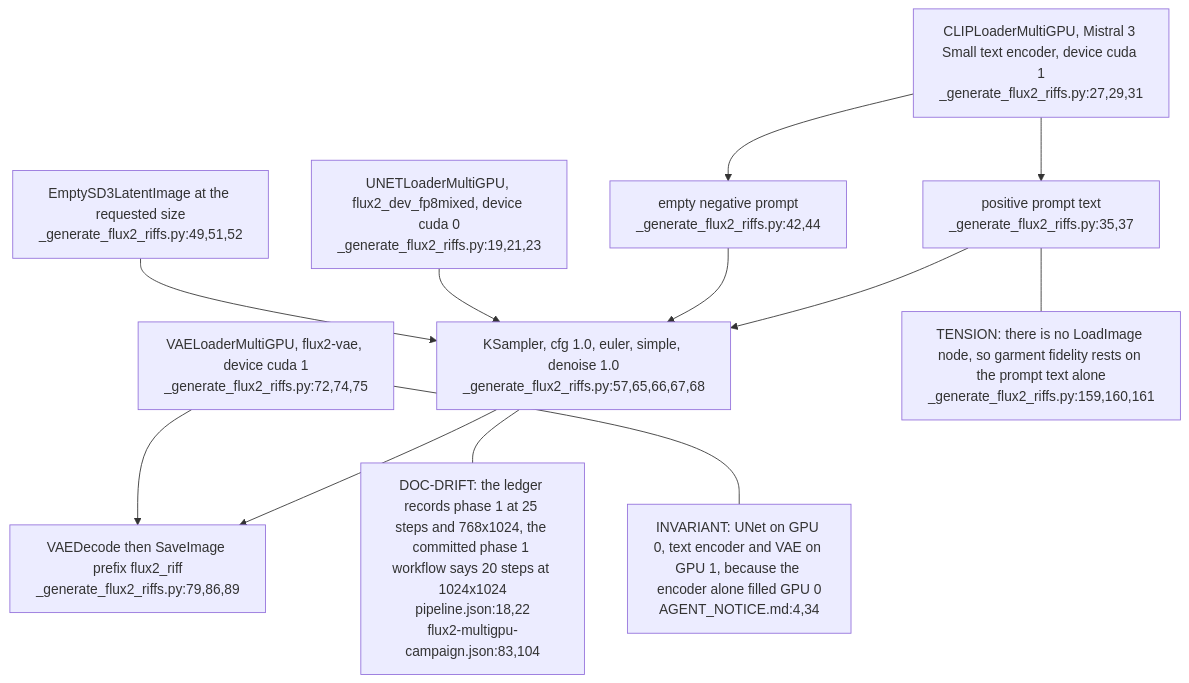
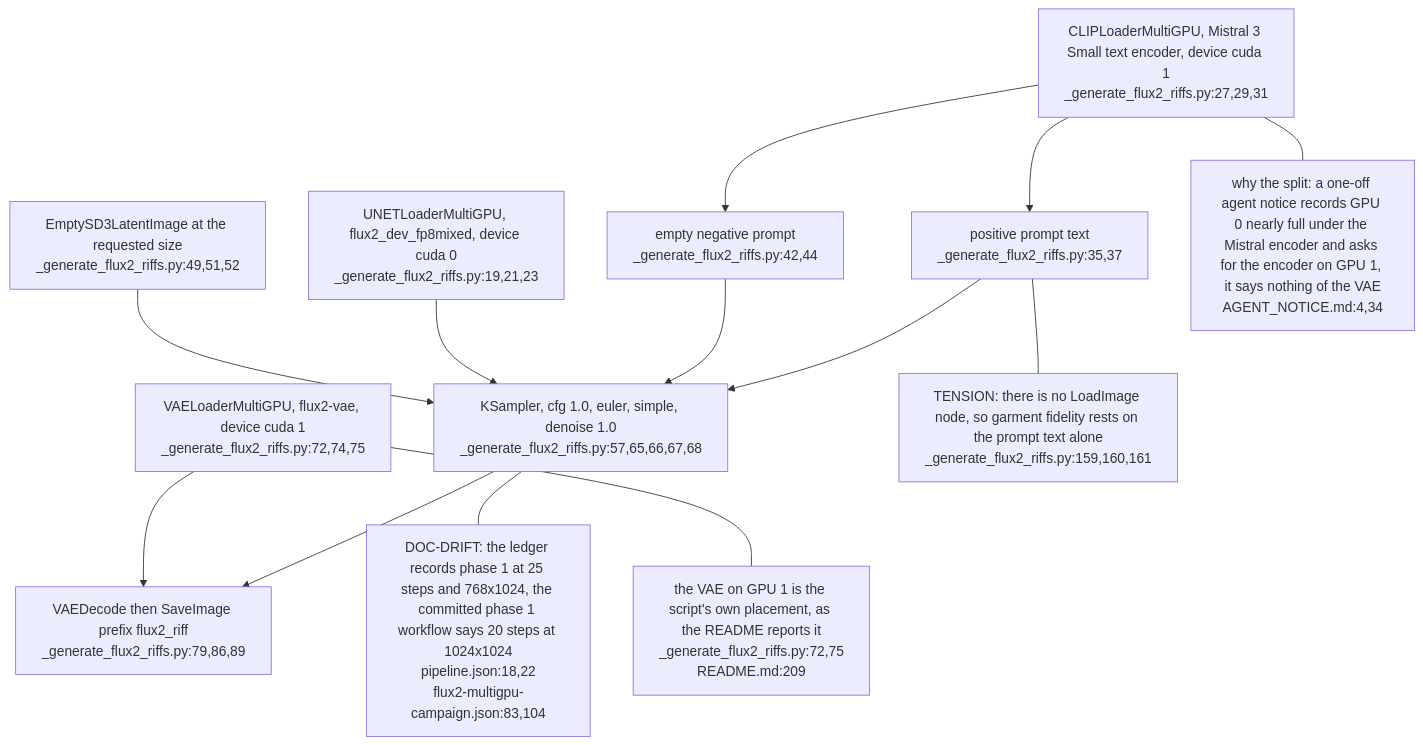
Before and after one commit to DreamLab-AI/VisionFlow: the second of 3 diagrams in docs/diagrams/thg-world-record-attempt/04-local-flux2-via-comfyui.md, drawn with Mermaid. The commit also changed 1 other file, not shown here.

Commit message:
diagrams(thg): fix skeptic findings on TH-01 and TH-04
- TH-04.2: drop the INVARIANT on the GPU split. AGENT_NOTICE.md:4,34 says
  GPU 0 was nearly full and asks for the encoder on GPU 1; it never mentions
  the VAE. The VAE placement is now cited to _generate_flux2_riffs.py:72,75
  and README.md:209.
- TH-01.1 DIV: acknowledge the committed Claude Flow agent-memory export
  (exports/agentdb-export-2026-03-01.json) as the one orchestration record.
- TH-01.1: add the prompt/typography records, the campaign AFD/DDD docs and
  the agentdb export to the records subgraph.
- TH-01.1 DRIFT: the README structure block also lists docs/ and
  input-scenes/ (README.md:184,188).

````diff
--- a/docs/diagrams/thg-world-record-attempt/04-local-flux2-via-comfyui.md
+++ b/docs/diagrams/thg-world-record-attempt/04-local-flux2-via-comfyui.md
@@ -47,23 +47,25 @@
 ```mermaid
 flowchart TB
     UNET["UNETLoaderMultiGPU, flux2_dev_fp8mixed, device cuda 0<br/>_generate_flux2_riffs.py:19,21,23"]
     CLIP["CLIPLoaderMultiGPU, Mistral 3 Small text encoder, device cuda 1<br/>_generate_flux2_riffs.py:27,29,31"]
     POS["positive prompt text<br/>_generate_flux2_riffs.py:35,37"]
     NEG["empty negative prompt<br/>_generate_flux2_riffs.py:42,44"]
     LAT["EmptySD3LatentImage at the requested size<br/>_generate_flux2_riffs.py:49,51,52"]
     KS["KSampler, cfg 1.0, euler, simple, denoise 1.0<br/>_generate_flux2_riffs.py:57,65,66,67,68"]
     VAE["VAELoaderMultiGPU, flux2-vae, device cuda 1<br/>_generate_flux2_riffs.py:72,74,75"]
     DEC["VAEDecode then SaveImage prefix flux2_riff<br/>_generate_flux2_riffs.py:79,86,89"]
     CLIP --> POS --> KS
     CLIP --> NEG --> KS
     UNET --> KS
     LAT --> KS
     KS --> DEC
     VAE --> DEC
-    INV["INVARIANT: UNet on GPU 0, text encoder and VAE on GPU 1, because the encoder alone filled GPU 0<br/>AGENT_NOTICE.md:4,34"]
-    VAE --- INV
+    WHY["why the split: a one-off agent notice records GPU 0 nearly full under the Mistral encoder and asks for the encoder on GPU 1, it says nothing of the VAE<br/>AGENT_NOTICE.md:4,34"]
+    VAEW["the VAE on GPU 1 is the script's own placement, as the README reports it<br/>_generate_flux2_riffs.py:72,75<br/>README.md:209"]
+    CLIP --- WHY
+    VAE --- VAEW
     TENS["TENSION: there is no LoadImage node, so garment fidelity rests on the prompt text alone<br/>_generate_flux2_riffs.py:159,160,161"]
     POS --- TENS
     DRIFT["DOC-DRIFT: the ledger records phase 1 at 25 steps and 768x1024, the committed phase 1 workflow says 20 steps at 1024x1024<br/>pipeline.json:18,22<br/>flux2-multigpu-campaign.json:83,104"]
     KS --- DRIFT
 ```
````
